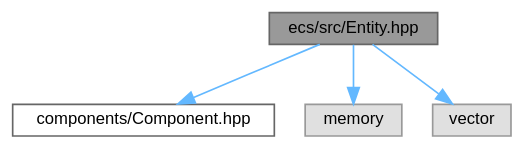
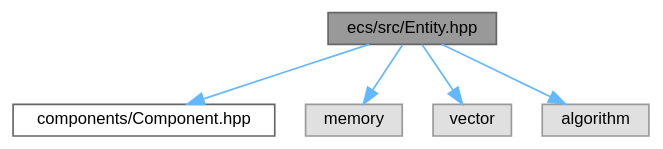
Before and after one commit to Houpsi/R-Type: the diagram in Entity_8hpp__incl.dot, drawn with Graphviz. The commit also changed 318 other files, not shown here.

```diff
--- a/Entity_8hpp__incl.dot
+++ b/Entity_8hpp__incl.dot
@@ -1,14 +1,16 @@
 digraph "ecs/src/Entity.hpp"
 {
  // LATEX_PDF_SIZE
   bgcolor="transparent";
   edge [fontname=Helvetica,fontsize=10,labelfontname=Helvetica,labelfontsize=10];
   node [fontname=Helvetica,fontsize=10,shape=box,height=0.2,width=0.4];
   Node1 [id="Node000001",label="ecs/src/Entity.hpp",height=0.2,width=0.4,color="gray40", fillcolor="grey60", style="filled", fontcolor="black",tooltip=" "];
   Node1 -> Node2 [id="edge1_Node000001_Node000002",color="steelblue1",style="solid",tooltip=" "];
   Node2 [id="Node000002",label="components/Component.hpp",height=0.2,width=0.4,color="grey40", fillcolor="white", style="filled",URL="$Component_8hpp.html",tooltip=" "];
   Node1 -> Node3 [id="edge2_Node000001_Node000003",color="steelblue1",style="solid",tooltip=" "];
   Node3 [id="Node000003",label="memory",height=0.2,width=0.4,color="grey60", fillcolor="#E0E0E0", style="filled",tooltip=" "];
   Node1 -> Node4 [id="edge3_Node000001_Node000004",color="steelblue1",style="solid",tooltip=" "];
   Node4 [id="Node000004",label="vector",height=0.2,width=0.4,color="grey60", fillcolor="#E0E0E0", style="filled",tooltip=" "];
+  Node1 -> Node5 [id="edge4_Node000001_Node000005",color="steelblue1",style="solid",tooltip=" "];
+  Node5 [id="Node000005",label="algorithm",height=0.2,width=0.4,color="grey60", fillcolor="#E0E0E0", style="filled",tooltip=" "];
 }
```
